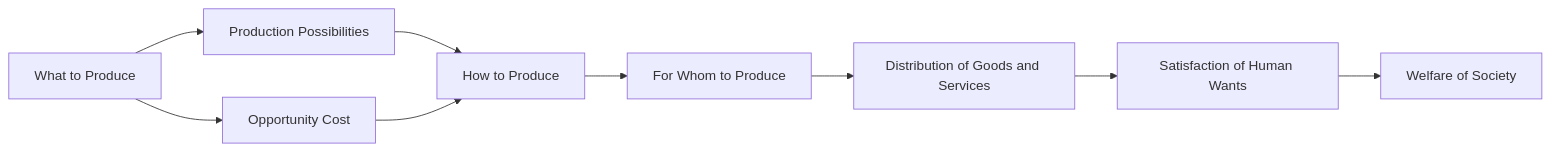
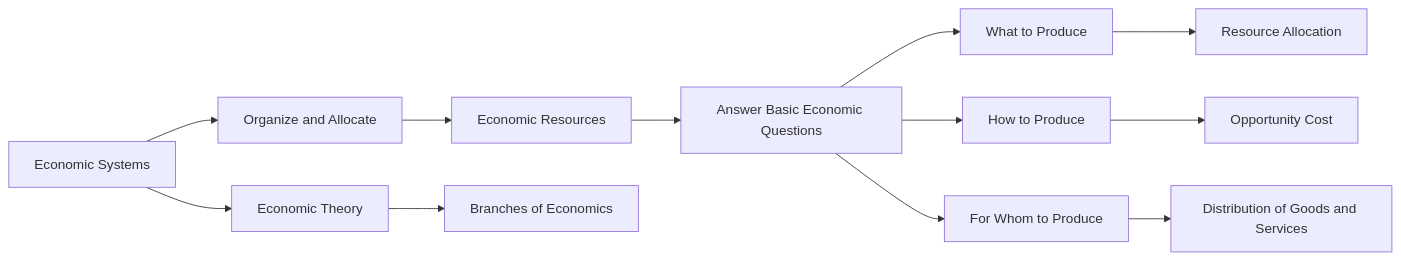
Before and after one commit to DagimAlemayehuu/Ater: the diagram in Obsidian_Vault/2-Academic/Winter 2026/Economics/1_Basics_Of_Economics/Economic_Systems.md, drawn with Mermaid. The commit also changed other lines of this file and 44 other files, not shown here.

````diff
--- a/Obsidian_Vault/2-Academic/Winter 2026/Economics/1_Basics_Of_Economics/Economic_Systems.md
+++ b/Obsidian_Vault/2-Academic/Winter 2026/Economics/1_Basics_Of_Economics/Economic_Systems.md
@@ -49,13 +32,14 @@
 ```mermaid
-
 graph LR
-    A[What to Produce] --> B[Production Possibilities]
-    A --> C[Opportunity Cost]
-    B --> D[How to Produce]
-    C --> D
-    D --> E[For Whom to Produce]
-    E --> F[Distribution of Goods and Services]
-    F --> G[Satisfaction of Human Wants]
-    G --> H[Welfare of Society]
-
+    A[Economic Systems] --> B[Organize and Allocate]
+    B --> C[Economic Resources]
+    C --> D[Answer Basic Economic Questions]
+    D --> E[What to Produce]
+    D --> F[How to Produce]
+    D --> G[For Whom to Produce]
+    E --> H[Resource Allocation]
+    F --> I[Opportunity Cost]
+    G --> J[Distribution of Goods and Services]
+    A --> K[Economic Theory]
+    K --> L[Branches of Economics]
 ```
````
